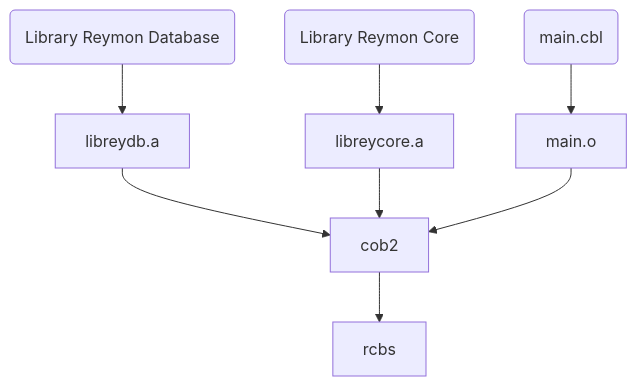
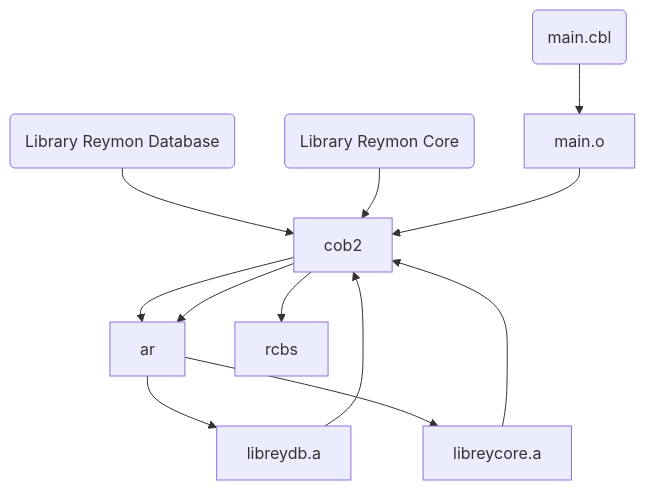
One commit to Reymon-Real/Reymon-Conceptual-Banking-System changed the first of 2 diagrams in README.md. Above: the diagram before and after it, drawn with Mermaid. The commit also changed other lines of this file, not shown here.

````diff
--- a/README.md
+++ b/README.md
@@ -11,14 +11,14 @@
 ```mermaid
 flowchart
 
 db("Library Reymon Database")
 core("Library Reymon Core")
 main("main.cbl")
 
-db --> libreydb.a
-core --> libreycore.a
+db --> cob2 --> ar --> libreydb.a
+core --> cob2 --> ar --> libreycore.a
 main --> main.o
 
 libreydb.a & libreycore.a & main.o --> cob2 --> rcbs
 
 ```
````
